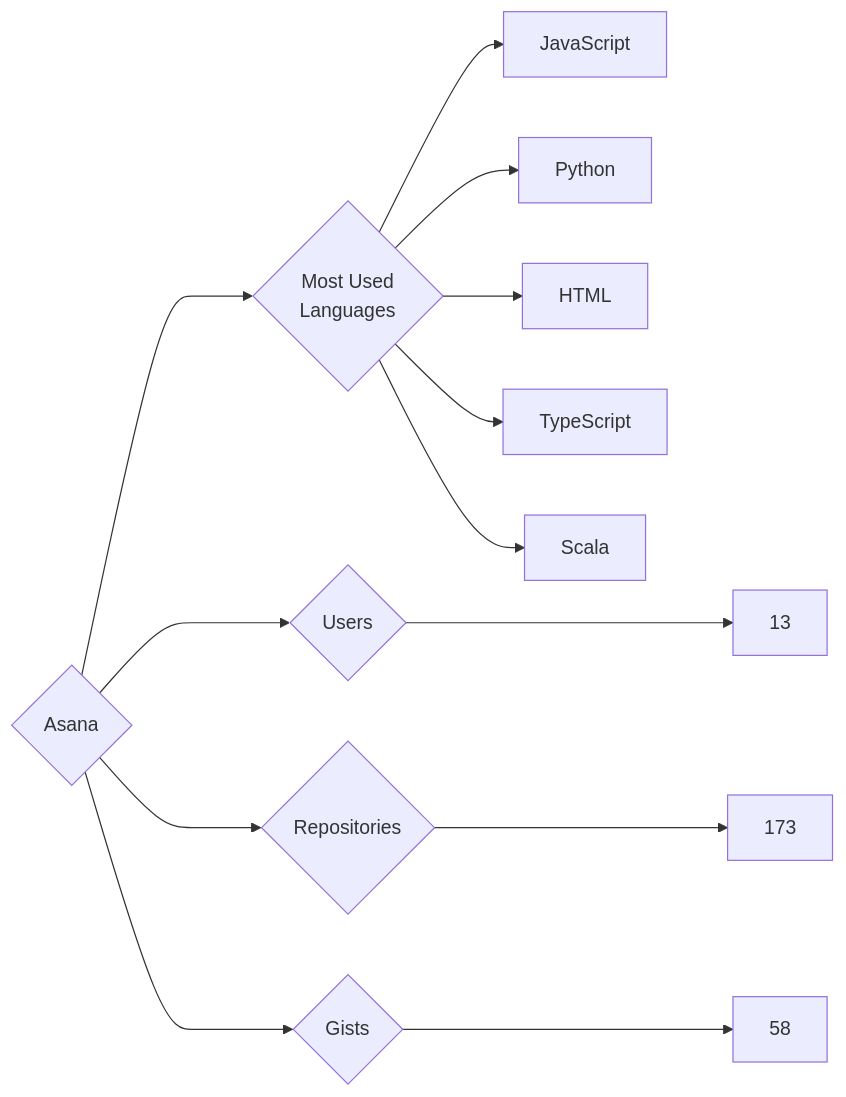
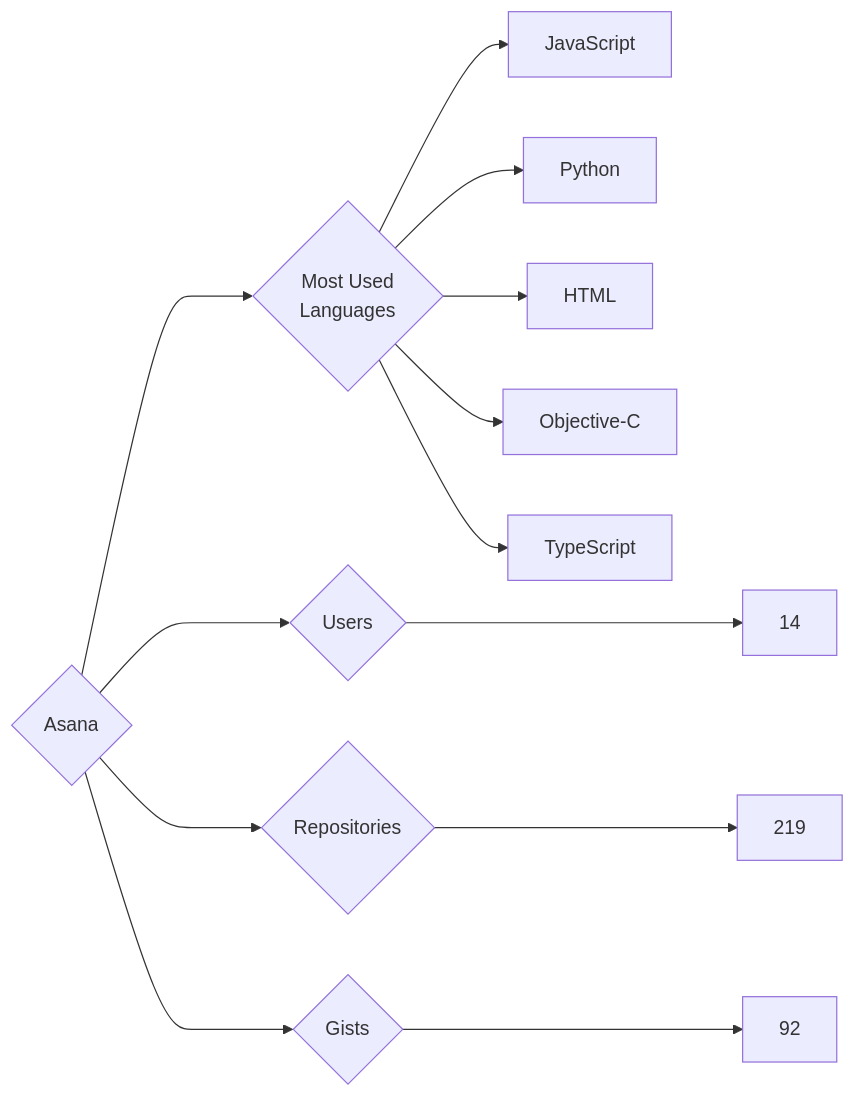
Before and after one commit to trickest/insiders: the diagram in targets/Asana/README.md, drawn with Mermaid. The commit also changed 553 other files, not shown here.

````diff
--- a/targets/Asana/README.md
+++ b/targets/Asana/README.md
@@ -3,13 +3,13 @@
 ```mermaid
 graph LR
 COMPANY_NAME{Asana}
-COMPANY_NAME ---> U{Users} ---> UN[13]
-COMPANY_NAME ---> R{Repositories} ---> RN[173]
-COMPANY_NAME ---> G{Gists} ---> GN[58]
+COMPANY_NAME ---> U{Users} ---> UN[14]
+COMPANY_NAME ---> R{Repositories} ---> RN[219]
+COMPANY_NAME ---> G{Gists} ---> GN[92]
 COMPANY_NAME ---> ML{Most Used<br>Languages}
 ML --> JavaScript[JavaScript]
 ML --> Python[Python]
 ML --> HTML[HTML]
+ML --> Objective-C[Objective-C]
 ML --> TypeScript[TypeScript]
-ML --> Scala[Scala]
 ```
````
